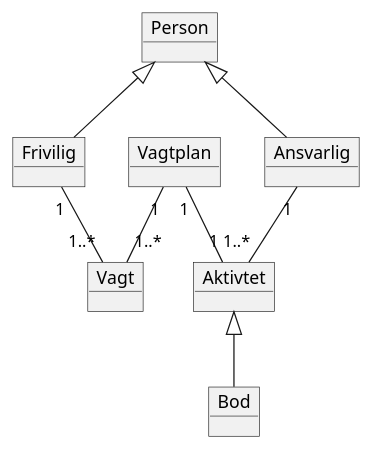
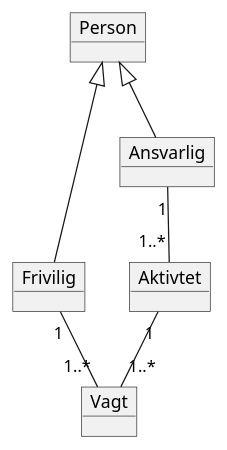
Before and after one commit to juliusstr/RoskildeProjektFrivillige62514: the diagram in src/grafik/domainmodle.puml, drawn with PlantUML.

Commit message:
opdaterede domainmodle.puml

```diff
--- a/src/grafik/domainmodle.puml
+++ b/src/grafik/domainmodle.puml
@@ -1,20 +1,16 @@
 @startuml
 'https://plantuml.com/class-diagram
 
-object Bod
 object Frivilig
 object Ansvarlig
 object Aktivtet
-object Vagtplan
 object Vagt
 object Person
 
 Person <|-- Ansvarlig
 Person <|-- Frivilig
-Bod -U-|> Aktivtet
 Ansvarlig "1" -- "1..*" Aktivtet
-Vagtplan "1" -- "1" Aktivtet
-Vagtplan "1" -- "1..*" Vagt
+Aktivtet "1" -- "1..*" Vagt
 Frivilig "1" -- "1..*" Vagt
 
 @enduml
```
